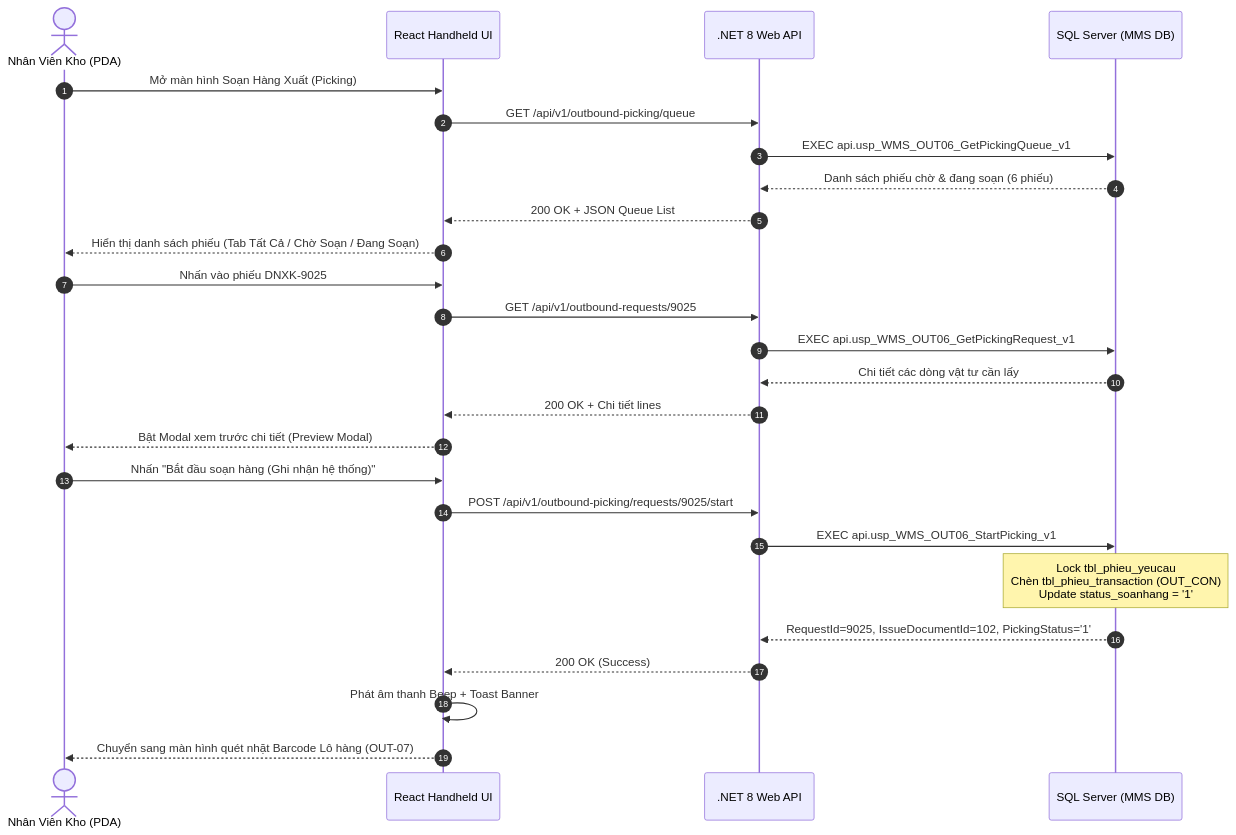
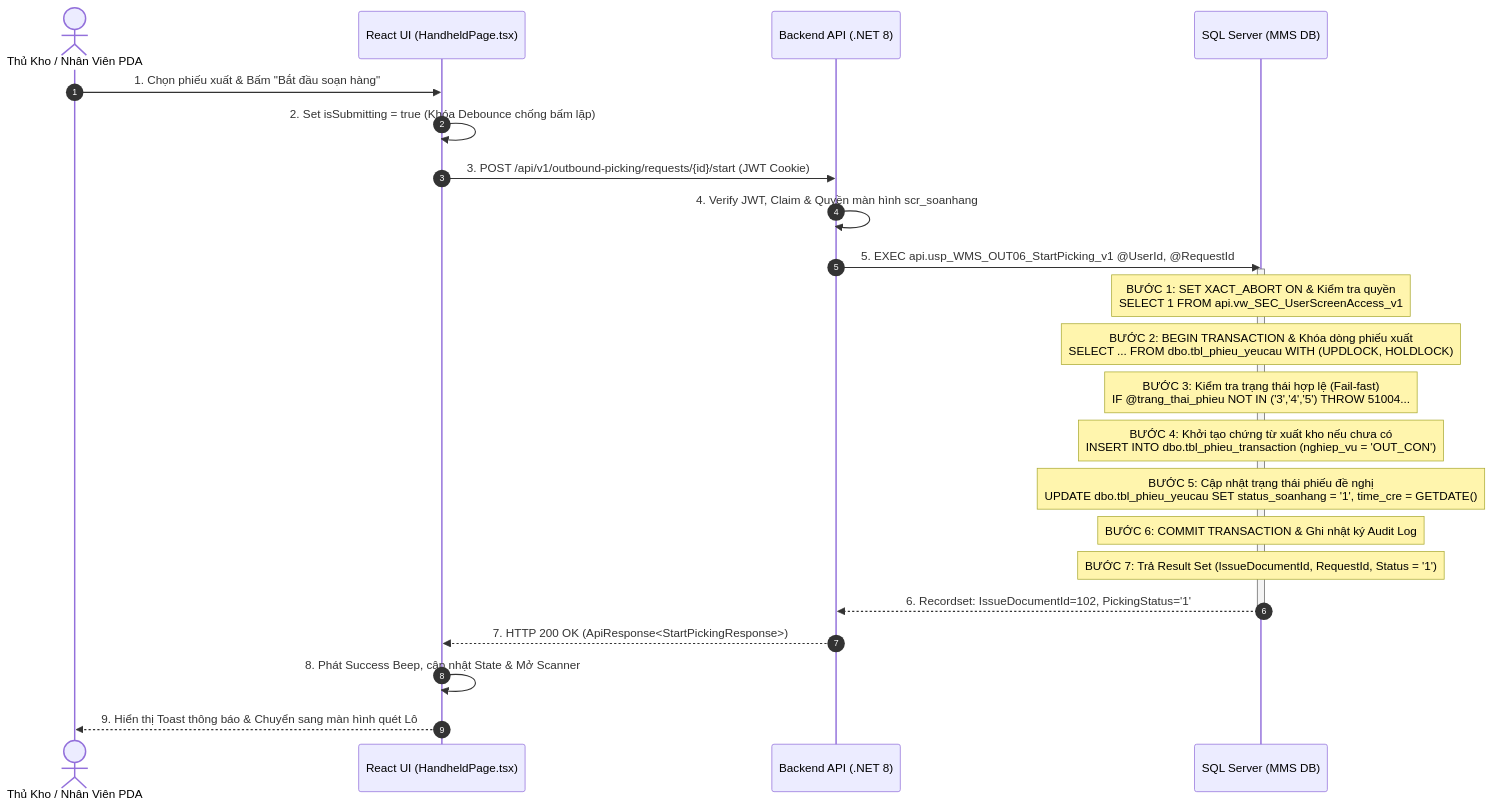
One commit to Sohoa-KNSG/mms changed the third of 4 diagrams in docs/03-use-cases/UC-22_OUT-06.md. Above: the diagram before and after it, drawn with Mermaid. The commit also changed other lines of this file and 18 other files, not shown here.

Commit message:
docs: add internal Stored Procedure execution order and transaction logic steps to Sequence Diagrams across all use cases

````diff
--- a/docs/03-use-cases/UC-22_OUT-06.md
+++ b/docs/03-use-cases/UC-22_OUT-06.md
@@ -207,31 +207,30 @@
 ```mermaid
 sequenceDiagram
     autonumber
-    actor Staff as Nhân Viên Kho (PDA)
-    participant UI as React Handheld UI
-    participant API as .NET 8 Web API
+    actor User as Thủ Kho / Nhân Viên PDA
+    participant UI as React UI (HandheldPage.tsx)
+    participant API as Backend API (.NET 8)
     participant DB as SQL Server (MMS DB)
 
-    Staff->>UI: Mở màn hình Soạn Hàng Xuất (Picking)
-    UI->>API: GET /api/v1/outbound-picking/queue
-    API->>DB: EXEC api.usp_WMS_OUT06_GetPickingQueue_v1
-    DB-->>API: Danh sách phiếu chờ & đang soạn (6 phiếu)
-    API-->>UI: 200 OK + JSON Queue List
-    UI-->>Staff: Hiển thị danh sách phiếu (Tab Tất Cả / Chờ Soạn / Đang Soạn)
+    User->>UI: 1. Chọn phiếu xuất & Bấm "Bắt đầu soạn hàng"
+    UI->>UI: 2. Set isSubmitting = true (Khóa Debounce chống bấm lặp)
+    UI->>API: 3. POST /api/v1/outbound-picking/requests/{id}/start (JWT Cookie)
+    
+    API->>API: 4. Verify JWT, Claim & Quyền màn hình scr_soanhang
+    API->>DB: 5. EXEC api.usp_WMS_OUT06_StartPicking_v1 @UserId, @RequestId
+    
+    activate DB
+    Note over DB: BƯỚC 1: SET XACT_ABORT ON & Kiểm tra quyền<br/>SELECT 1 FROM api.vw_SEC_UserScreenAccess_v1
+    Note over DB: BƯỚC 2: BEGIN TRANSACTION & Khóa dòng phiếu xuất<br/>SELECT ... FROM dbo.tbl_phieu_yeucau WITH (UPDLOCK, HOLDLOCK)
+    Note over DB: BƯỚC 3: Kiểm tra trạng thái hợp lệ (Fail-fast)<br/>IF @trang_thai_phieu NOT IN ('3','4','5') THROW 51004...
+    Note over DB: BƯỚC 4: Khởi tạo chứng từ xuất kho nếu chưa có<br/>INSERT INTO dbo.tbl_phieu_transaction (nghiep_vu = 'OUT_CON')
+    Note over DB: BƯỚC 5: Cập nhật trạng thái phiếu đề nghị<br/>UPDATE dbo.tbl_phieu_yeucau SET status_soanhang = '1', time_cre = GETDATE()
+    Note over DB: BƯỚC 6: COMMIT TRANSACTION & Ghi nhật ký Audit Log
+    Note over DB: BƯỚC 7: Trả Result Set (IssueDocumentId, RequestId, Status = '1')
+    DB-->>API: 6. Recordset: IssueDocumentId=102, PickingStatus='1'
+    deactivate DB
 
-    Staff->>UI: Nhấn vào phiếu DNXK-9025
-    UI->>API: GET /api/v1/outbound-requests/9025
-    API->>DB: EXEC api.usp_WMS_OUT06_GetPickingRequest_v1
-    DB-->>API: Chi tiết các dòng vật tư cần lấy
-    API-->>UI: 200 OK + Chi tiết lines
-    UI-->>Staff: Bật Modal xem trước chi tiết (Preview Modal)
-
-    Staff->>UI: Nhấn "Bắt đầu soạn hàng (Ghi nhận hệ thống)"
-    UI->>API: POST /api/v1/outbound-picking/requests/9025/start
-    API->>DB: EXEC api.usp_WMS_OUT06_StartPicking_v1
-    Note over DB: Lock tbl_phieu_yeucau<br/>Chèn tbl_phieu_transaction (OUT_CON)<br/>Update status_soanhang = '1'
-    DB-->>API: RequestId=9025, IssueDocumentId=102, PickingStatus='1'
-    API-->>UI: 200 OK (Success)
-    UI->>UI: Phát âm thanh Beep + Toast Banner
-    UI-->>Staff: Chuyển sang màn hình quét nhặt Barcode Lô hàng (OUT-07)
+    API-->>UI: 7. HTTP 200 OK (ApiResponse<StartPickingResponse>)
+    UI->>UI: 8. Phát Success Beep, cập nhật State & Mở Scanner
+    UI-->>User: 9. Hiển thị Toast thông báo & Chuyển sang màn hình quét Lô
 ```
````
